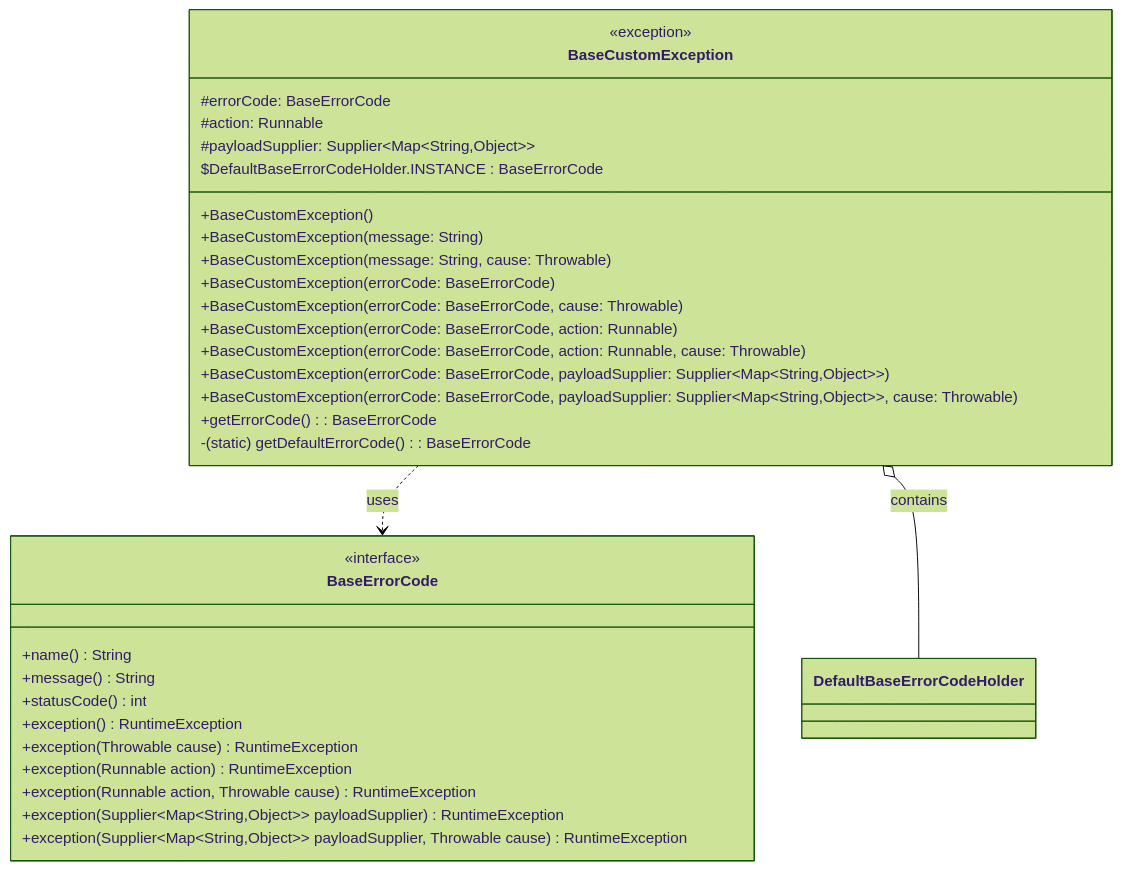
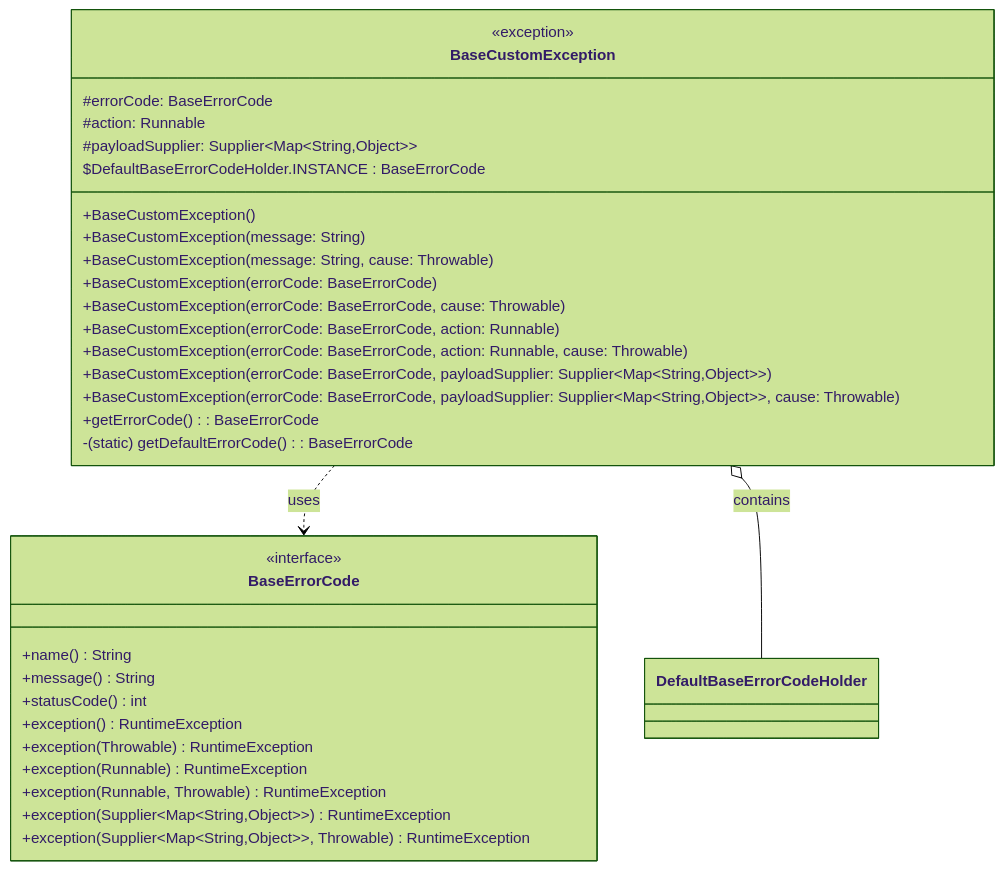
The second of 3 diagrams in README.md (merge-simpson/letsdev-error-code-api), drawn with Mermaid before and after one commit.

Commit message:
docs(readme): keep editing mermaid (remove parameter names)

````diff
--- a/README.md
+++ b/README.md
@@ -50,47 +50,47 @@
 ```mermaid
 %%{init: {"theme": "forest", "themeVariables": {"fontFamily": "Comic Sans MS"}}}%%
 classDiagram
 %% 클래스 목록
     class BaseErrorCode {
         <<interface>>
         +name() String
         +message() String
         +statusCode() int
         +exception() RuntimeException
-        +exception(Throwable cause) RuntimeException
-        +exception(Runnable action) RuntimeException
-        +exception(Runnable action, Throwable cause) RuntimeException
-        +exception(Supplier&lt;Map&lt;String,Object>> payloadSupplier) RuntimeException
-        +exception(Supplier&lt;Map&lt;String,Object>> payloadSupplier, Throwable cause) RuntimeException
+        +exception(Throwable) RuntimeException
+        +exception(Runnable) RuntimeException
+        +exception(Runnable, Throwable) RuntimeException
+        +exception(Supplier&lt;Map&lt;String,Object>>) RuntimeException
+        +exception(Supplier&lt;Map&lt;String,Object>>, Throwable) RuntimeException
     }
 
     class BaseCustomException {
         <<exception>>
         #errorCode: BaseErrorCode
         #action: Runnable
         #payloadSupplier: Supplier&lt;Map&lt;String,Object>>
         $DefaultBaseErrorCodeHolder.INSTANCE : BaseErrorCode
         
         +BaseCustomException()
         +BaseCustomException(message: String)
         +BaseCustomException(message: String, cause: Throwable)
         +BaseCustomException(errorCode: BaseErrorCode)
         +BaseCustomException(errorCode: BaseErrorCode, cause: Throwable)
         +BaseCustomException(errorCode: BaseErrorCode, action: Runnable)
         +BaseCustomException(errorCode: BaseErrorCode, action: Runnable, cause: Throwable)
         +BaseCustomException(errorCode: BaseErrorCode, payloadSupplier: Supplier&lt;Map&lt;String,Object>>)
         +BaseCustomException(errorCode: BaseErrorCode, payloadSupplier: Supplier&lt;Map&lt;String,Object>>, cause: Throwable)
         
         +getErrorCode() : BaseErrorCode
         -(static) getDefaultErrorCode() : BaseErrorCode
     }
 
 %%    class DefaultBaseErrorCodeHolder {
 %%        <<private>>
 %%        -INSTANCE : BaseErrorCode
 %%    }
 
 %% 관계 표현
     BaseCustomException ..> BaseErrorCode : uses
     BaseCustomException o-- DefaultBaseErrorCodeHolder : contains
 ```
````
